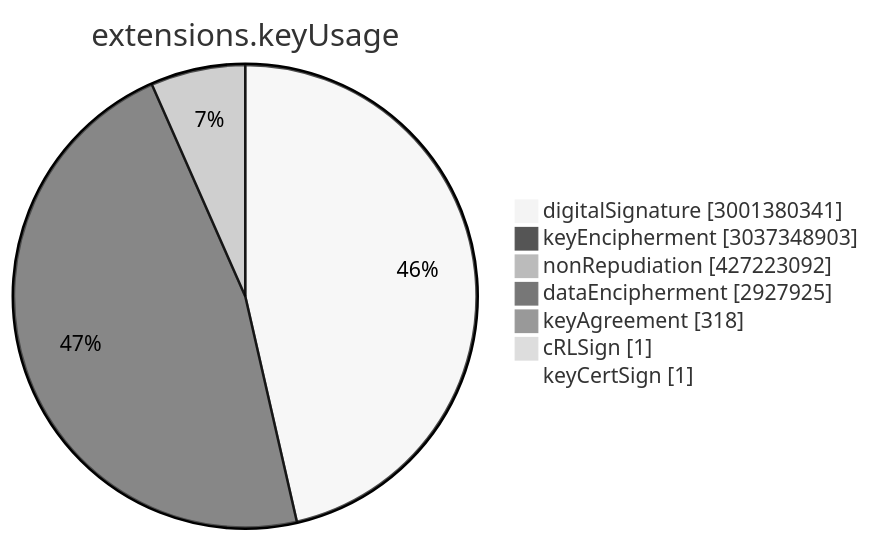
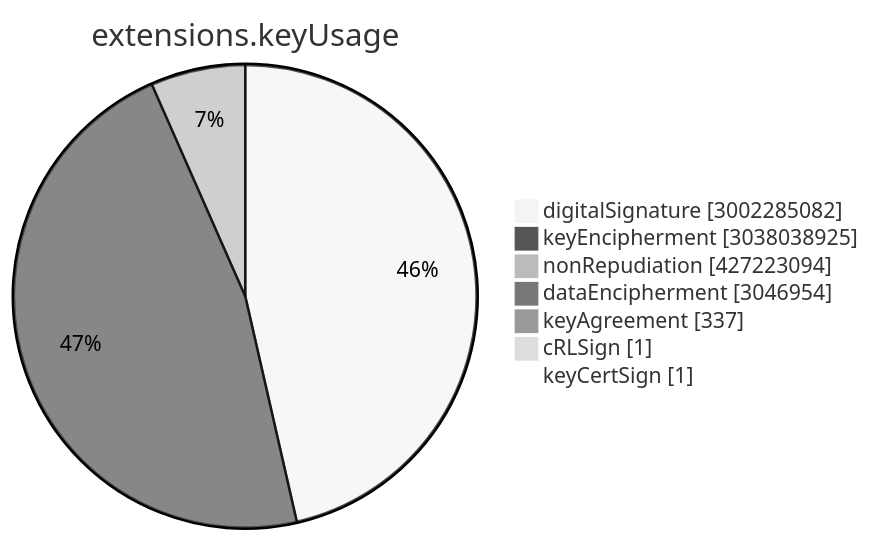
The sixth of 15 diagrams in TOTAL/README.md (christiankrug/ctmonitor_visualization), drawn with Mermaid (neutral theme) before and after one commit. The commit also changed other lines of this file, not shown here.

````diff
--- a/TOTAL/README.md
+++ b/TOTAL/README.md
@@ -3074,11 +3074,11 @@
 ```mermaid
 pie showData
 title extensions.keyUsage
-"digitalSignature" :3001380341
-"keyEncipherment" :3037348903
-"nonRepudiation" :427223092
-"dataEncipherment" :2927925
-"keyAgreement" :318
+"digitalSignature" :3002285082
+"keyEncipherment" :3038038925
+"nonRepudiation" :427223094
+"dataEncipherment" :3046954
+"keyAgreement" :337
 "cRLSign" :1
 "keyCertSign" :1
 ```
````
